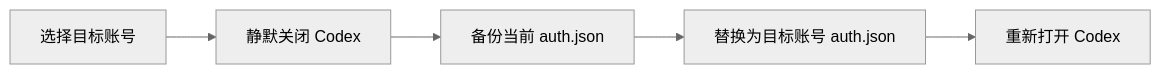
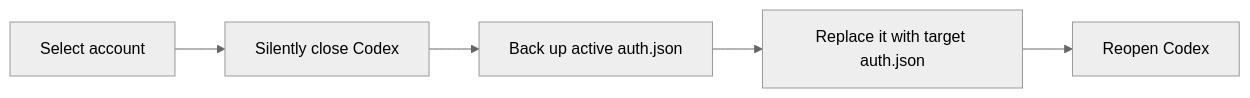
The diagram in README.md (wwrrj/Codex-Switcher), drawn with Mermaid (neutral theme) before and after one commit. The commit also changed other lines of this file and 2 other files, not shown here.

````diff
--- a/README.md
+++ b/README.md
@@ -115,7 +115,7 @@
 ```mermaid
 flowchart LR
-  A["选择目标账号"] --> B["静默关闭 Codex"]
-  B --> C["备份当前 auth.json"]
-  C --> D["替换为目标账号 auth.json"]
-  D --> E["重新打开 Codex"]
+  A["Select account"] --> B["Silently close Codex"]
+  B --> C["Back up active auth.json"]
+  C --> D["Replace it with target auth.json"]
+  D --> E["Reopen Codex"]
 ```
````
